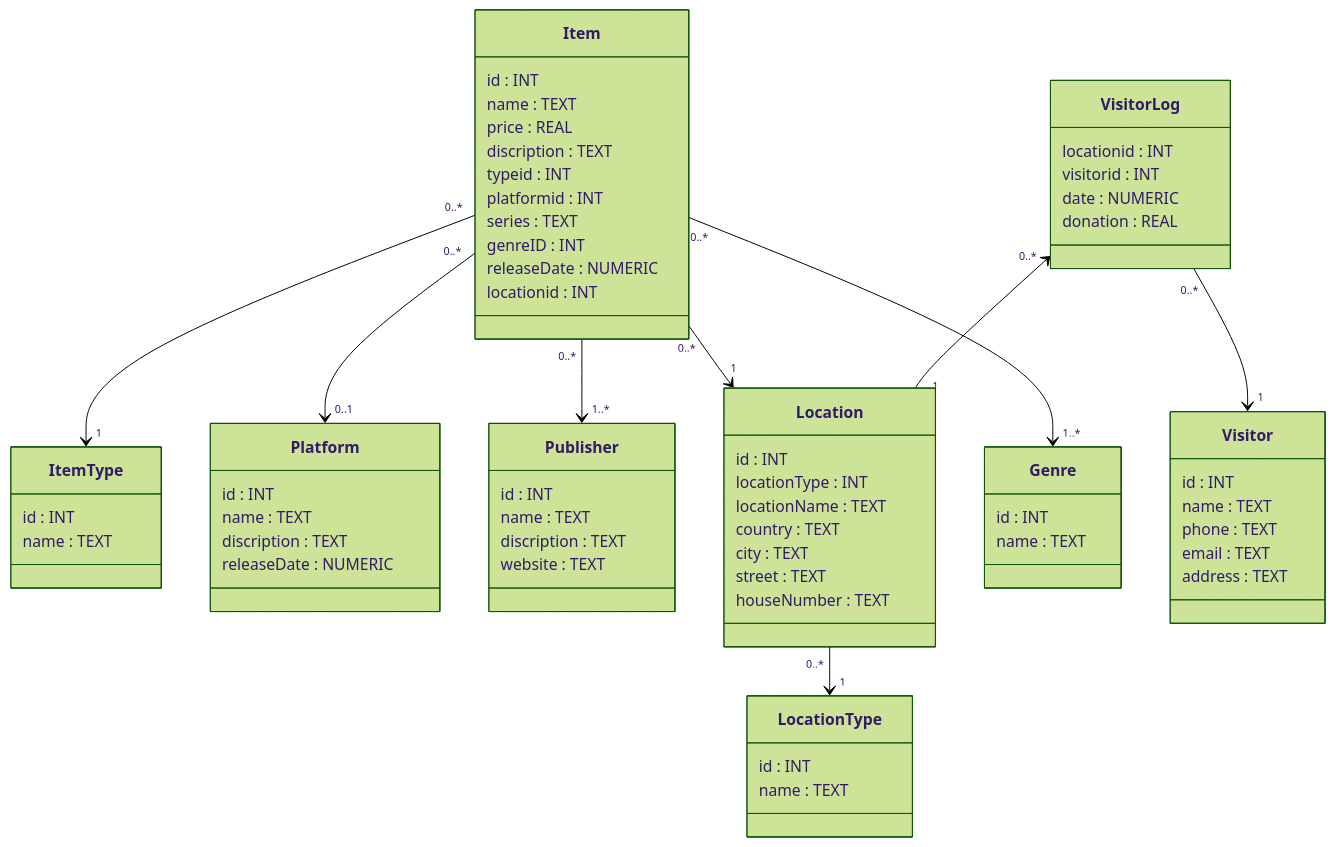
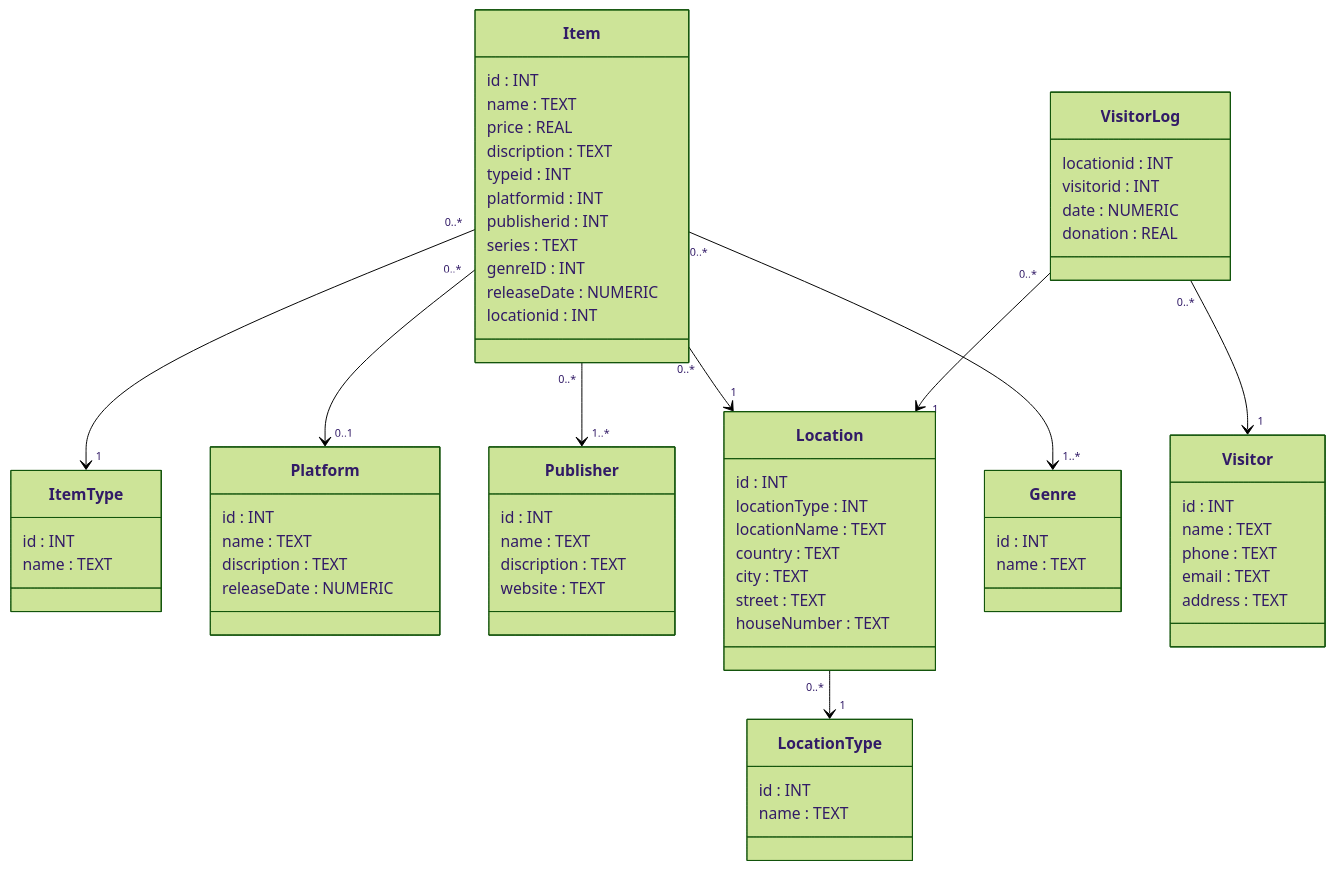
The diagram in Mermaid.mmd (LarsGielen/Project_VGHF), drawn with Mermaid (forest theme) before and after one commit.

```diff
--- a/Mermaid.mmd
+++ b/Mermaid.mmd
@@ -1,77 +1,78 @@
 classDiagram
 
     Item "0..*" --> "1" ItemType
     Item "0..*" --> "0..1" Platform
     Item "0..*" --> "1..*" Publisher
     Item "0..*" --> "1" Location
     Item "0..*" --> "1..*" Genre
-    VisitorLog "0..*" <-- "1" Location
+    VisitorLog "0..*" --> "1" Location
     VisitorLog "0..*" --> "1" Visitor
     Location "0..*" --> "1" LocationType
 
     class Item {
         id : INT
         name : TEXT
         price : REAL
         discription : TEXT
         typeid : INT
         platformid : INT
+        publisherid : INT
         series : TEXT
         genreID : INT
         releaseDate : NUMERIC
         locationid : INT
     }
 
     class ItemType {
         id : INT
         name : TEXT
     }
 
     class Genre {
         id : INT
         name : TEXT
     }
 
     class Platform {
         id : INT
         name : TEXT
         discription : TEXT
         releaseDate : NUMERIC
     }
     
     class Publisher {
         id : INT
         name : TEXT
         discription : TEXT
         website : TEXT
     }
     
     class Location {
         id : INT
         locationType : INT
         locationName : TEXT
         country : TEXT
         city : TEXT
         street : TEXT
         houseNumber : TEXT
     }
     
     class LocationType {
         id : INT
         name : TEXT
     }
 
     class VisitorLog {
         locationid : INT
         visitorid : INT
         date : NUMERIC
         donation : REAL
     }
     
     class Visitor {
         id : INT
         name : TEXT
         phone : TEXT
         email : TEXT
         address : TEXT
     } 
```
